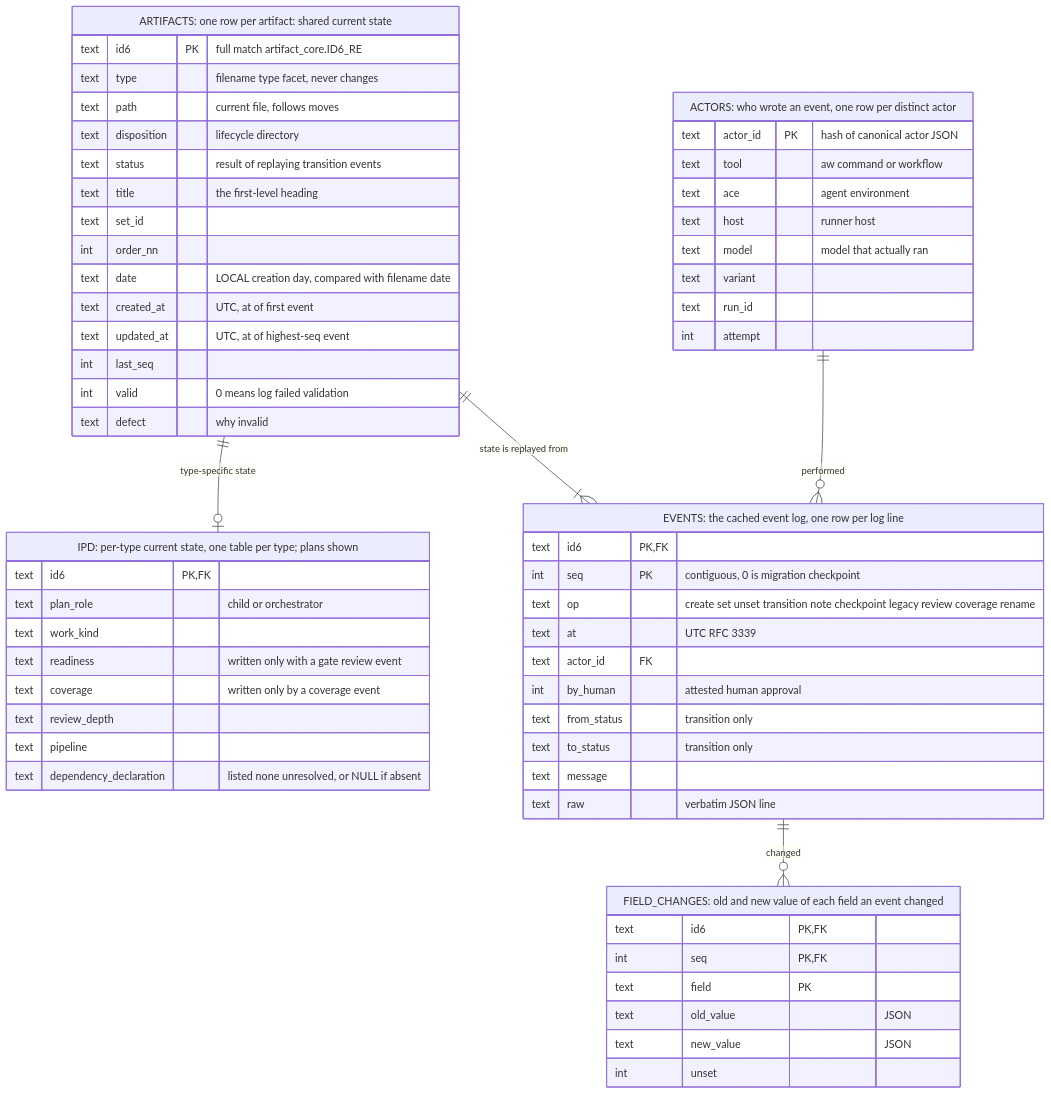
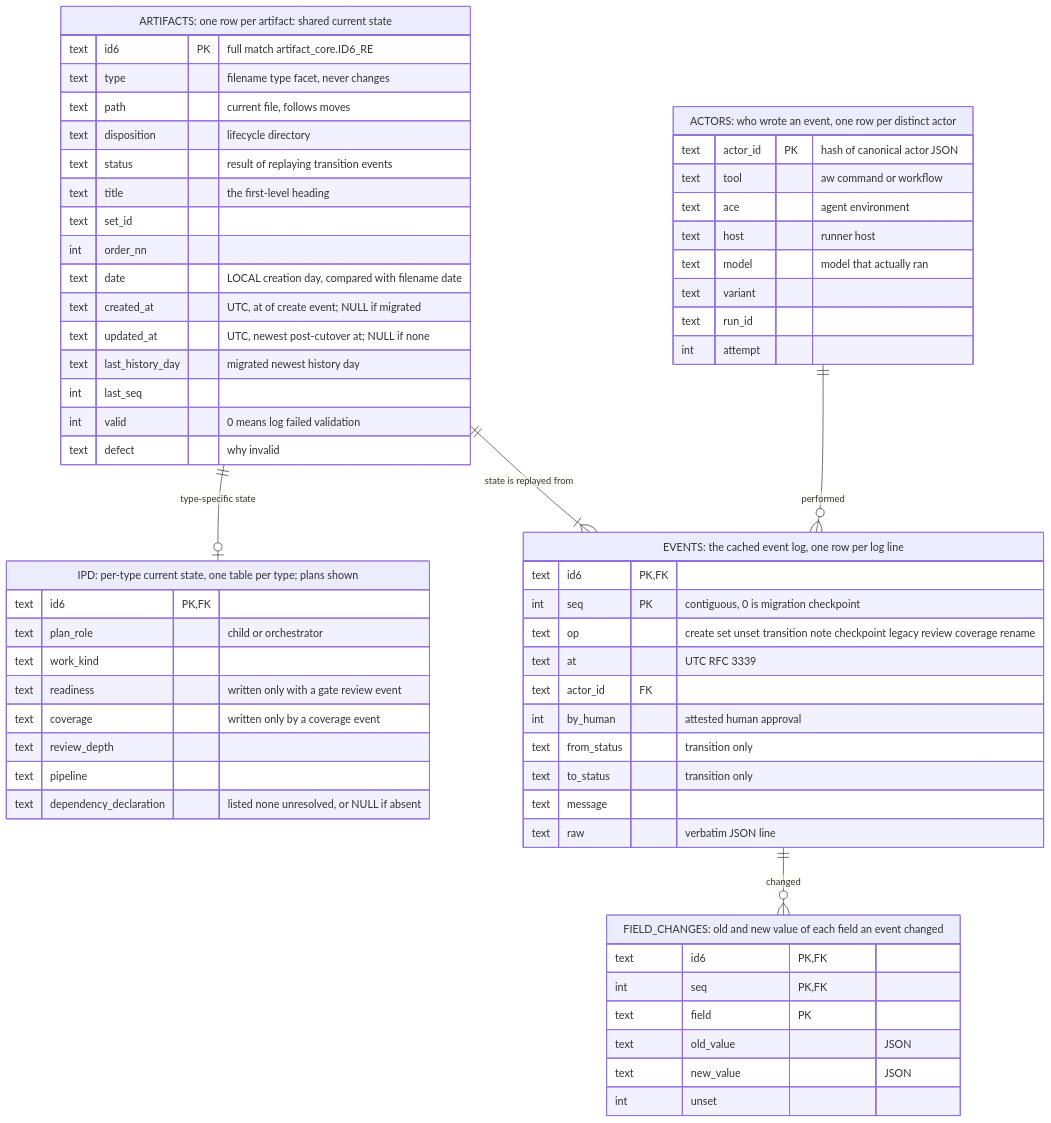
Before and after one commit to fariello/agent-workflows: the first of 10 diagrams in .aw/records/specs/reviewed/20260925-metastore-01-4sd62s-artifact-metadata-store.spec.md, drawn with Mermaid. The commit also changed other lines of this file and 1 other file, not shown here.

````diff
--- a/.aw/records/specs/reviewed/20260925-metastore-01-4sd62s-artifact-metadata-store.spec.md
+++ b/.aw/records/specs/reviewed/20260925-metastore-01-4sd62s-artifact-metadata-store.spec.md
@@ -1064,63 +1095,64 @@
 ```mermaid
 erDiagram
     ARTIFACTS["ARTIFACTS: one row per artifact: shared current state"] {
         text id6 PK "full match artifact_core.ID6_RE"
         text type "filename type facet, never changes"
         text path "current file, follows moves"
         text disposition "lifecycle directory"
         text status "result of replaying transition events"
         text title "the first-level heading"
         text set_id
         int order_nn
         text date "LOCAL creation day, compared with filename date"
-        text created_at "UTC, at of first event"
-        text updated_at "UTC, at of highest-seq event"
+        text created_at "UTC, at of create event; NULL if migrated"
+        text updated_at "UTC, newest post-cutover at; NULL if none"
+        text last_history_day "migrated newest history day"
         int last_seq
         int valid "0 means log failed validation"
         text defect "why invalid"
     }
     IPD["IPD: per-type current state, one table per type; plans shown"] {
         text id6 PK, FK
         text plan_role "child or orchestrator"
         text work_kind
         text readiness "written only with a gate review event"
         text coverage "written only by a coverage event"
         text review_depth
         text pipeline
         text dependency_declaration "listed none unresolved, or NULL if absent"
     }
     EVENTS["EVENTS: the cached event log, one row per log line"] {
         text id6 PK, FK
         int seq PK "contiguous, 0 is migration checkpoint"
         text op "create set unset transition note checkpoint legacy review coverage rename"
         text at "UTC RFC 3339"
         text actor_id FK
         int by_human "attested human approval"
         text from_status "transition only"
         text to_status "transition only"
         text message
         text raw "verbatim JSON line"
     }
     FIELD_CHANGES["FIELD_CHANGES: old and new value of each field an event changed"] {
         text id6 PK, FK
         int seq PK, FK
         text field PK
         text old_value "JSON"
         text new_value "JSON"
         int unset
     }
     ACTORS["ACTORS: who wrote an event, one row per distinct actor"] {
         text actor_id PK "hash of canonical actor JSON"
         text tool "aw command or workflow"
         text ace "agent environment"
         text host "runner host"
         text model "model that actually ran"
         text variant
         text run_id
         int attempt
     }
     ARTIFACTS ||--o| IPD : "type-specific state"
     ARTIFACTS ||--|{ EVENTS : "state is replayed from"
     EVENTS ||--o{ FIELD_CHANGES : "changed"
     ACTORS ||--o{ EVENTS : "performed"
 ```
````
